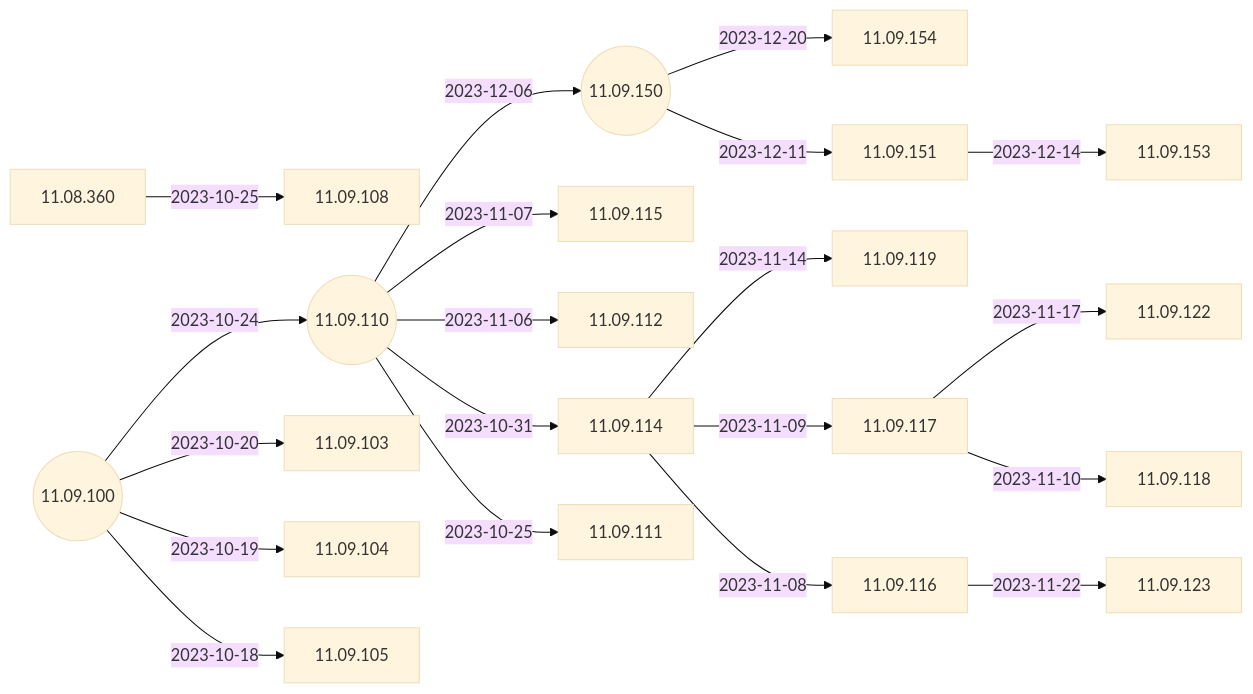
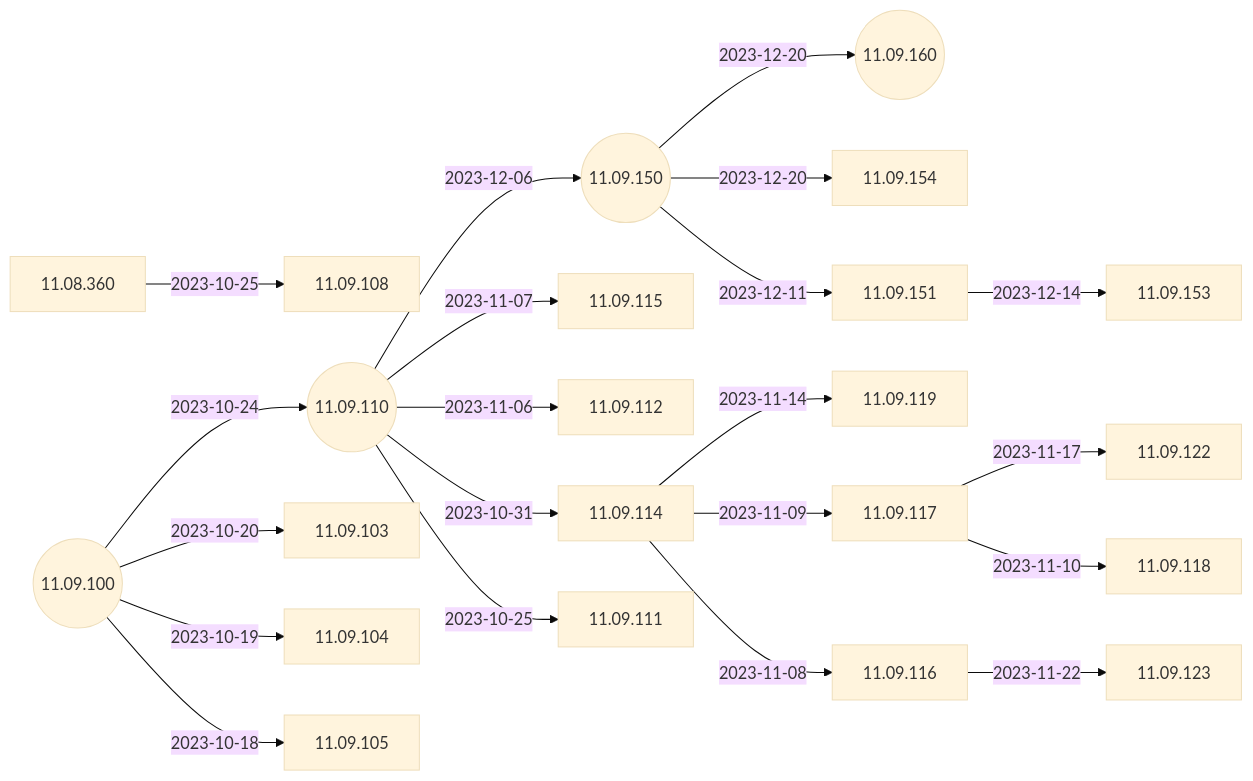
Before and after one commit to IGEL-Community/IGEL-Docs-v02: the second of 5 diagrams in docs/Docs/ReleaseNotes/01-OS11/README.md, drawn with Mermaid (base theme). The commit also changed 2 other files, not shown here.

Commit message:
11.09.160 < 11.09.150

````diff
--- a/docs/Docs/ReleaseNotes/01-OS11/README.md
+++ b/docs/Docs/ReleaseNotes/01-OS11/README.md
@@ -41,43 +41,45 @@
 ```mermaid
 flowchart LR
+    11.09.150-- 2023-12-20 -->11.09.160((11.09.160))
     11.09.150-- 2023-12-20 -->11.09.154
     11.09.151-- 2023-12-14 -->11.09.153
     11.09.150-- 2023-12-11 -->11.09.151
     11.09.110-- 2023-12-06 -->11.09.150((11.09.150))
     11.09.116-- 2023-11-22 -->11.09.123
     11.09.117-- 2023-11-17 -->11.09.122
     11.09.114-- 2023-11-14 -->11.09.119
     11.09.117-- 2023-11-10 -->11.09.118
     11.09.114-- 2023-11-09 -->11.09.117
     11.09.114-- 2023-11-08 -->11.09.116
     11.09.110-- 2023-11-07 -->11.09.115
     11.09.110-- 2023-11-06 -->11.09.112
     11.09.110-- 2023-10-31 -->11.09.114
     11.08.360-- 2023-10-25 -->11.09.108
     11.09.110-- 2023-10-25 -->11.09.111
     11.09.100-- 2023-10-24 -->11.09.110((11.09.110))
     11.09.100-- 2023-10-20 -->11.09.103
     11.09.100-- 2023-10-19 -->11.09.104
     11.09.100-- 2023-10-18 -->11.09.105
     11.09.100((11.09.100))
+    click 11.09.160 "https://github.com/IGEL-Community/IGEL-Docs-v02/tree/main/docs/Docs/ReleaseNotes/01-OS11/readme11.09.160.txt" _blank
     click 11.09.154 "https://github.com/IGEL-Community/IGEL-Docs-v02/tree/main/docs/Docs/ReleaseNotes/01-OS11/readme11.09.154.txt" _blank
     click 11.09.153 "https://github.com/IGEL-Community/IGEL-Docs-v02/tree/main/docs/Docs/ReleaseNotes/01-OS11/readme11.09.153.txt" _blank
     click 11.09.151 "https://github.com/IGEL-Community/IGEL-Docs-v02/tree/main/docs/Docs/ReleaseNotes/01-OS11/readme11.09.151.txt" _blank
     click 11.09.150 "https://github.com/IGEL-Community/IGEL-Docs-v02/tree/main/docs/Docs/ReleaseNotes/01-OS11/readme11.09.150.txt" _blank
     click 11.09.123 "https://github.com/IGEL-Community/IGEL-Docs-v02/tree/main/docs/Docs/ReleaseNotes/01-OS11/readme11.09.123.txt" _blank
     click 11.09.122 "https://github.com/IGEL-Community/IGEL-Docs-v02/tree/main/docs/Docs/ReleaseNotes/01-OS11/readme11.09.122.txt" _blank
     click 11.09.119 "https://github.com/IGEL-Community/IGEL-Docs-v02/tree/main/docs/Docs/ReleaseNotes/01-OS11/readme11.09.119.txt" _blank
     click 11.09.118 "https://github.com/IGEL-Community/IGEL-Docs-v02/tree/main/docs/Docs/ReleaseNotes/01-OS11/readme11.09.118.txt" _blank
     click 11.09.117 "https://github.com/IGEL-Community/IGEL-Docs-v02/tree/main/docs/Docs/ReleaseNotes/01-OS11/readme11.09.117.txt" _blank
     click 11.09.116 "https://github.com/IGEL-Community/IGEL-Docs-v02/tree/main/docs/Docs/ReleaseNotes/01-OS11/readme11.09.116.txt" _blank
     click 11.09.115 "https://github.com/IGEL-Community/IGEL-Docs-v02/tree/main/docs/Docs/ReleaseNotes/01-OS11/readme11.09.115.txt" _blank
     click 11.09.112 "https://github.com/IGEL-Community/IGEL-Docs-v02/tree/main/docs/Docs/ReleaseNotes/01-OS11/readme11.09.112.txt" _blank
     click 11.09.114 "https://github.com/IGEL-Community/IGEL-Docs-v02/tree/main/docs/Docs/ReleaseNotes/01-OS11/readme11.09.114.txt" _blank
     click 11.09.108 "https://github.com/IGEL-Community/IGEL-Docs-v02/tree/main/docs/Docs/ReleaseNotes/01-OS11/readme11.09.108.txt" _blank
     click 11.09.111 "https://github.com/IGEL-Community/IGEL-Docs-v02/tree/main/docs/Docs/ReleaseNotes/01-OS11/readme11.09.111.txt" _blank
     click 11.09.110 "https://github.com/IGEL-Community/IGEL-Docs-v02/tree/main/docs/Docs/ReleaseNotes/01-OS11/readme11.09.110.txt" _blank
     click 11.09.103 "https://github.com/IGEL-Community/IGEL-Docs-v02/tree/main/docs/Docs/ReleaseNotes/01-OS11/readme11.09.103.txt" _blank
     click 11.09.104 "https://github.com/IGEL-Community/IGEL-Docs-v02/tree/main/docs/Docs/ReleaseNotes/01-OS11/readme11.09.104.txt" _blank
     click 11.09.105 "https://github.com/IGEL-Community/IGEL-Docs-v02/tree/main/docs/Docs/ReleaseNotes/01-OS11/readme11.09.105.txt" _blank
     click 11.09.100 "https://github.com/IGEL-Community/IGEL-Docs-v02/tree/main/docs/Docs/ReleaseNotes/01-OS11/readme11.09.100.txt" _blank
 ```
````
